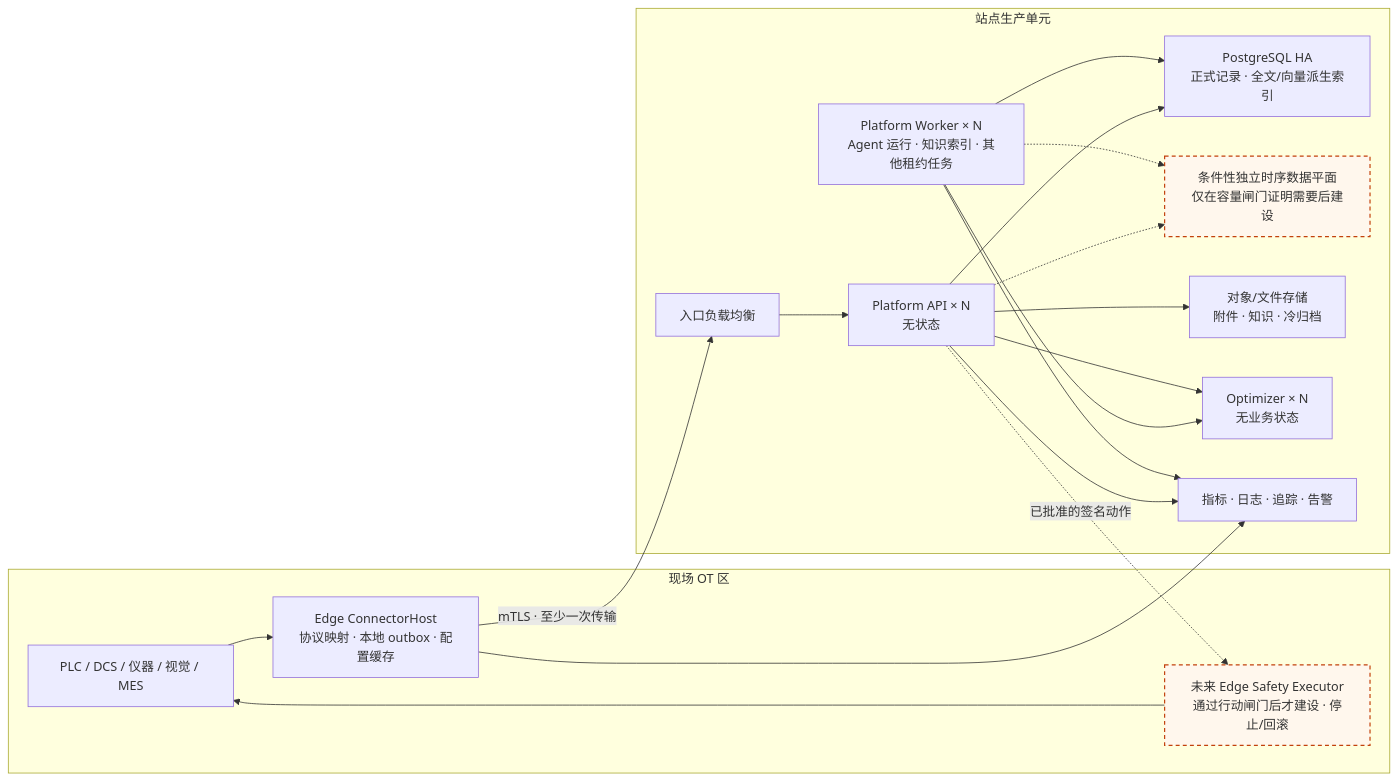
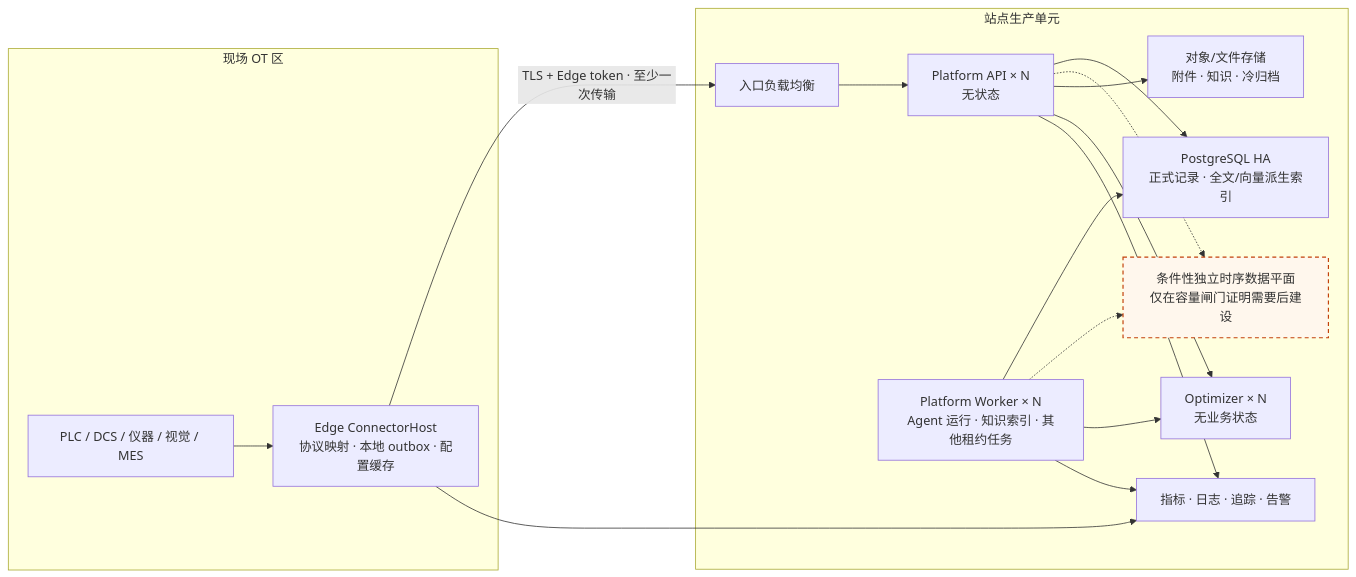
The diagram in docs/production-architecture.md (liuweichaox/Ingot), drawn with Mermaid before and after one commit. The commit also changed other lines of this file and 34 other files, not shown here.

````diff
--- a/docs/production-architecture.md
+++ b/docs/production-architecture.md
@@ -74,37 +76,34 @@
 ```mermaid
 flowchart LR
     subgraph OT["现场 OT 区"]
         Sources["PLC / DCS / 仪器 / 视觉 / MES"]
         Edge["Edge ConnectorHost\n协议映射 · 本地 outbox · 配置缓存"]
-        Safety["未来 Edge Safety Executor\n通过行动闸门后才建设 · 停止/回滚"]
         Sources --> Edge
-        Safety --> Sources
     end
 
     subgraph Cell["站点生产单元"]
         LB["入口负载均衡"]
         Api["Platform API × N\n无状态"]
         Worker["Platform Worker × N\nAgent 运行 · 知识索引 · 其他租约任务"]
         Control["PostgreSQL HA\n正式记录 · 全文/向量派生索引"]
         Series["条件性独立时序数据平面\n仅在容量闸门证明需要后建设"]
         Files["对象/文件存储\n附件 · 知识 · 冷归档"]
         Optimizer["Optimizer × N\n无业务状态"]
         Observe["指标 · 日志 · 追踪 · 告警"]
         LB --> Api
         Api --> Control
         Api -.-> Series
         Api --> Files
         Worker --> Control
         Worker -.-> Series
         Worker --> Optimizer
         Api --> Optimizer
         Api --> Observe
         Worker --> Observe
     end
 
-    Edge -->|"mTLS · 至少一次传输"| LB
-    Api -. "已批准的签名动作" .-> Safety
+    Edge -->|"TLS + Edge token · 至少一次传输"| LB
     Edge --> Observe
     classDef future fill:#FFF7ED,stroke:#C2410C,stroke-width:1.5px,stroke-dasharray:5 4
-    class Safety,Series future
+    class Series future
 ```
````
